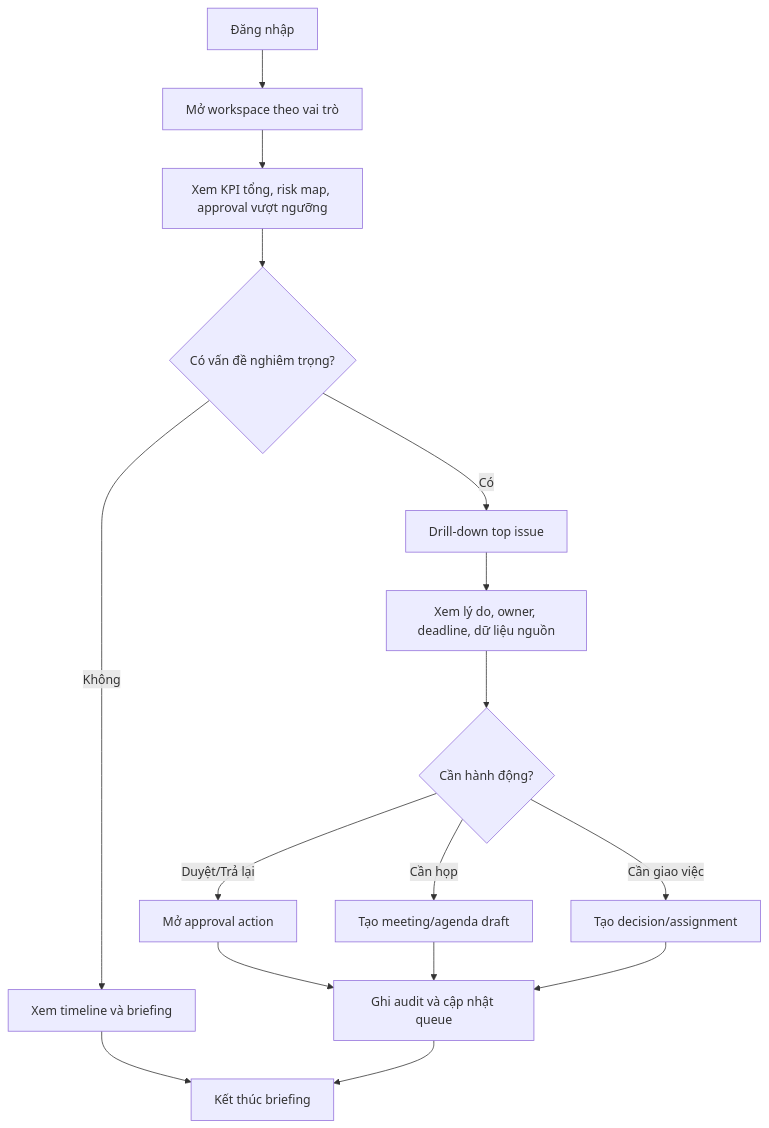
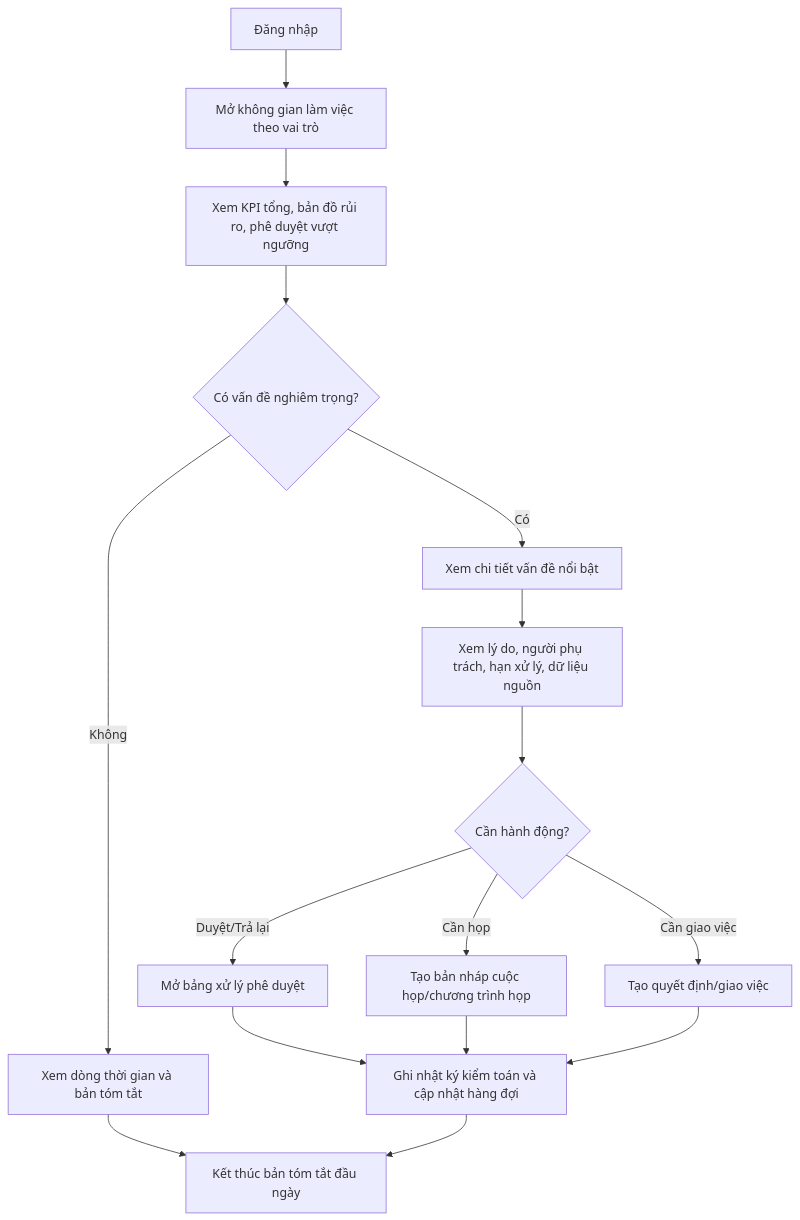
Before and after one commit to shomesgroupvietnam-cyber/greennest-bo: the first of 5 diagrams in _bmad-output/planning-artifacts/ux-design-specification/user-journey-flows.md, drawn with Mermaid. The commit also changed other lines of this file and 145 other files, not shown here.

````diff
--- a/_bmad-output/planning-artifacts/ux-design-specification/user-journey-flows.md
+++ b/_bmad-output/planning-artifacts/ux-design-specification/user-journey-flows.md
@@ -7,18 +7,18 @@
 ```mermaid
 flowchart TD
-  A[Đăng nhập] --> B[Mở workspace theo vai trò]
-  B --> C[Xem KPI tổng, risk map, approval vượt ngưỡng]
+  A[Đăng nhập] --> B[Mở không gian làm việc theo vai trò]
+  B --> C[Xem KPI tổng, bản đồ rủi ro, phê duyệt vượt ngưỡng]
   C --> D{Có vấn đề nghiêm trọng?}
-  D -->|Có| E[Drill-down top issue]
-  D -->|Không| F[Xem timeline và briefing]
-  E --> G[Xem lý do, owner, deadline, dữ liệu nguồn]
+  D -->|Có| E[Xem chi tiết vấn đề nổi bật]
+  D -->|Không| F[Xem dòng thời gian và bản tóm tắt]
+  E --> G[Xem lý do, người phụ trách, hạn xử lý, dữ liệu nguồn]
   G --> H{Cần hành động?}
-  H -->|Duyệt/Trả lại| I[Mở approval action]
-  H -->|Cần họp| J[Tạo meeting/agenda draft]
-  H -->|Cần giao việc| K[Tạo decision/assignment]
-  I --> L[Ghi audit và cập nhật queue]
+  H -->|Duyệt/Trả lại| I[Mở bảng xử lý phê duyệt]
+  H -->|Cần họp| J[Tạo bản nháp cuộc họp/chương trình họp]
+  H -->|Cần giao việc| K[Tạo quyết định/giao việc]
+  I --> L[Ghi nhật ký kiểm toán và cập nhật hàng đợi]
   J --> L
   K --> L
-  F --> M[Kết thúc briefing]
+  F --> M[Kết thúc bản tóm tắt đầu ngày]
   L --> M
 ```
````
